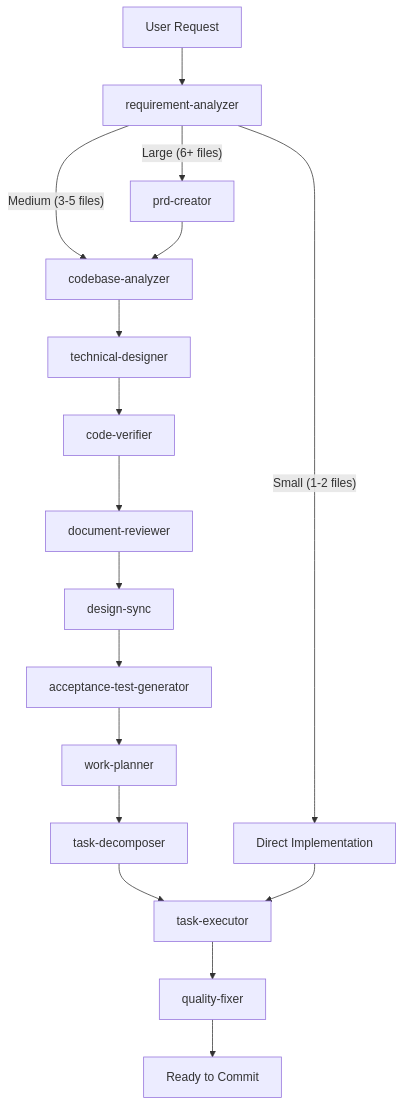
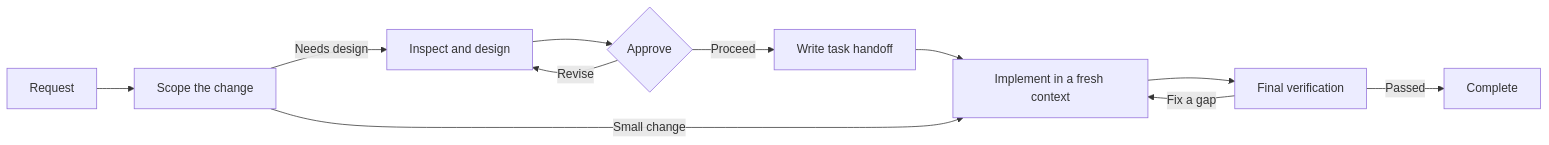
One commit to shinpr/claude-code-workflows changed the diagram in README.md. Above: the diagram before and after it, drawn with Mermaid. The commit also changed other lines of this file, not shown here.

````diff
--- a/README.md
+++ b/README.md
@@ -114,23 +89,13 @@
 ```mermaid
-graph TB
-    A[User Request] --> B[requirement-analyzer]
-
-    B --> |"Large (6+ files)"| C[prd-creator]
-    B --> |"Medium (3-5 files)"| CA[codebase-analyzer]
-    B --> |"Small (1-2 files)"| E[Direct Implementation]
-
-    C --> CA
-    CA --> D[technical-designer]
-    D --> CV[code-verifier]
-    CV --> DR[document-reviewer]
-    DR --> DS[design-sync]
-    DS --> F[acceptance-test-generator]
-    F --> G[work-planner]
-    G --> H[task-decomposer]
-
-    H --> I[task-executor]
-    E --> I
-
-    I --> J[quality-fixer]
-    J --> K[Ready to Commit]
+flowchart LR
+    A[Request] --> B[Scope the change]
+    B -->|Needs design| C[Inspect and design]
+    C --> D{Approve}
+    D -->|Revise| C
+    D -->|Proceed| H[Write task handoff]
+    H --> E[Implement in a fresh context]
+    B -->|Small change| E
+    E --> F[Final verification]
+    F -->|Fix a gap| E
+    F -->|Passed| G[Complete]
 ```
````
